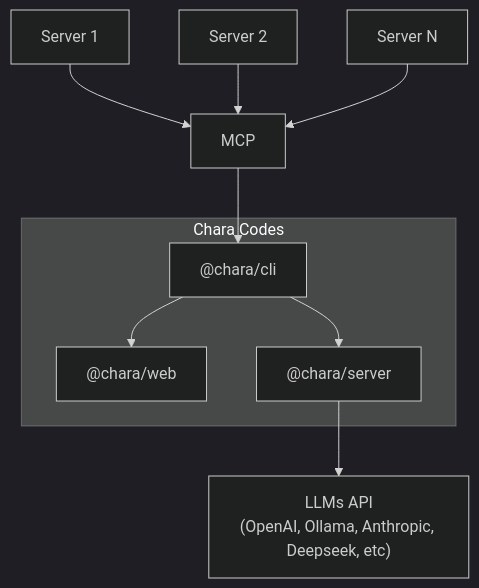
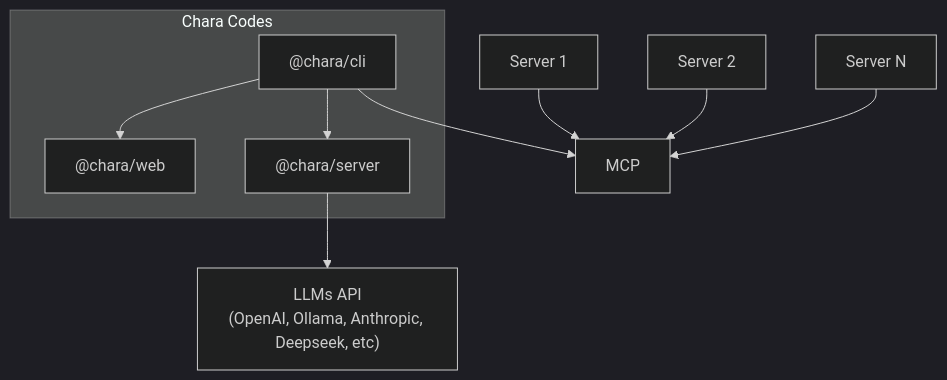
The diagram in README.md (chara-codes/chara), drawn with Mermaid (dark theme) before and after one commit.

````diff
--- a/README.md
+++ b/README.md
@@ -81,24 +81,24 @@
 ```mermaid
 graph TD
     subgraph "Chara Codes"
         Web["@chara/web"]
         CLI["@chara/cli"]
         Server["@chara/server"]
     end
 
     LLMs["LLMs API<br/>(OpenAI, Ollama, Anthropic, Deepseek, etc)"]
     MCP["MCP"]
 
     Server1["Server 1"]
     Server2["Server 2"]
     ServerN["Server N"]
 
     Server1 --> MCP
     Server2 --> MCP
     ServerN --> MCP
 
-    MCP --> CLI
+    CLI --> MCP
     CLI --> Server
     Server --> LLMs
     CLI --> Web
 ```
````
